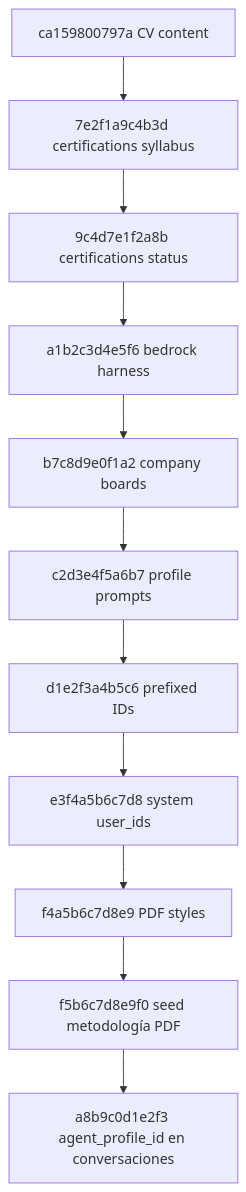
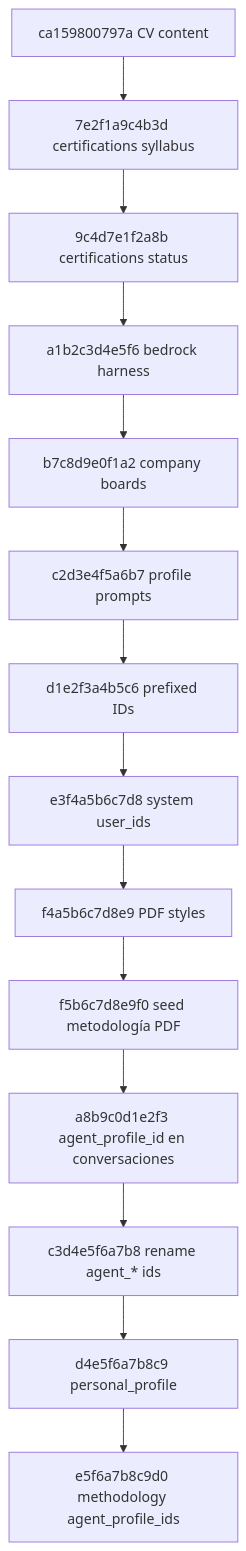
One commit to cjhirashi/cjhirashi-career changed the diagram in api/alembic/versions/README.md. Above: the diagram before and after it, drawn with Mermaid. The commit also changed other lines of this file and 20 other files, not shown here.

````diff
--- a/api/alembic/versions/README.md
+++ b/api/alembic/versions/README.md
@@ -7,13 +7,16 @@
 ```mermaid
 flowchart TD
     A[ca159800797a CV content] --> B[7e2f1a9c4b3d certifications syllabus]
     B --> C[9c4d7e1f2a8b certifications status]
     C --> D[a1b2c3d4e5f6 bedrock harness]
     D --> E[b7c8d9e0f1a2 company boards]
     E --> F[c2d3e4f5a6b7 profile prompts]
     F --> G[d1e2f3a4b5c6 prefixed IDs]
     G --> H[e3f4a5b6c7d8 system user_ids]
     H --> I[f4a5b6c7d8e9 PDF styles]
     I --> J[f5b6c7d8e9f0 seed metodología PDF]
     J --> K[a8b9c0d1e2f3 agent_profile_id en conversaciones]
+    K --> L[c3d4e5f6a7b8 rename agent_* ids]
+    L --> M[d4e5f6a7b8c9 personal_profile]
+    M --> N[e5f6a7b8c9d0 methodology agent_profile_ids]
 ```
````
